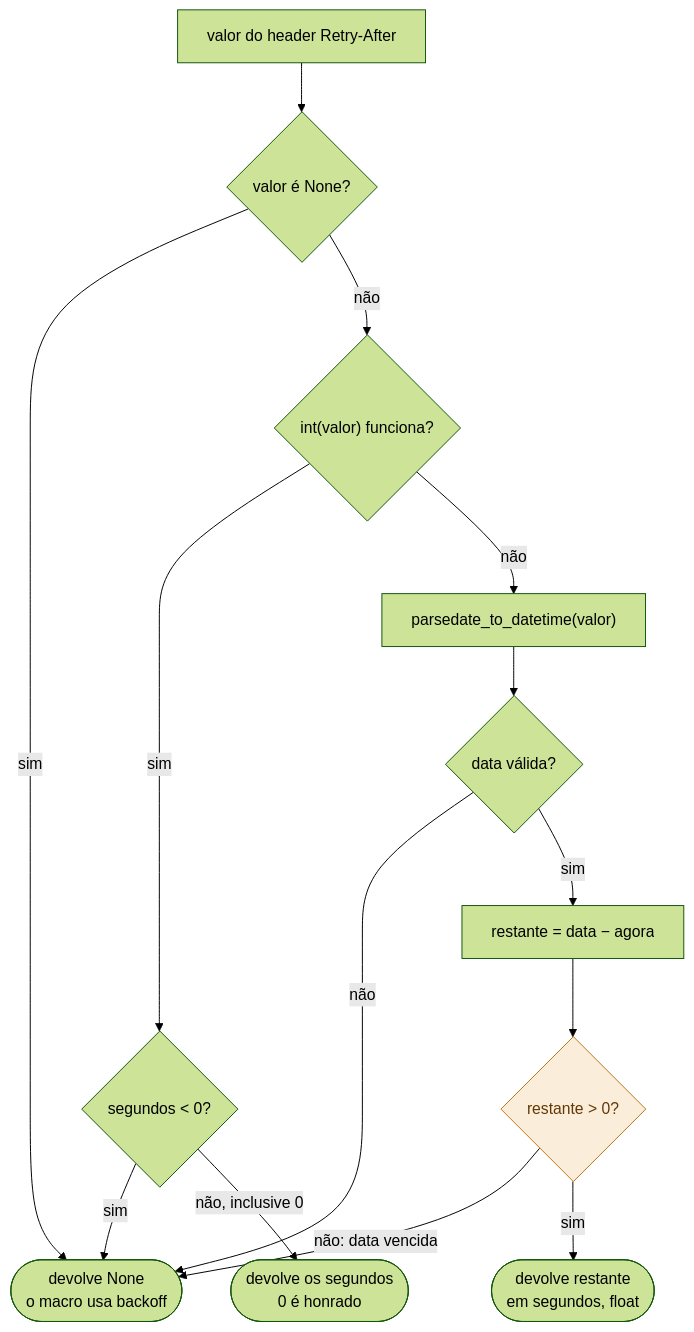
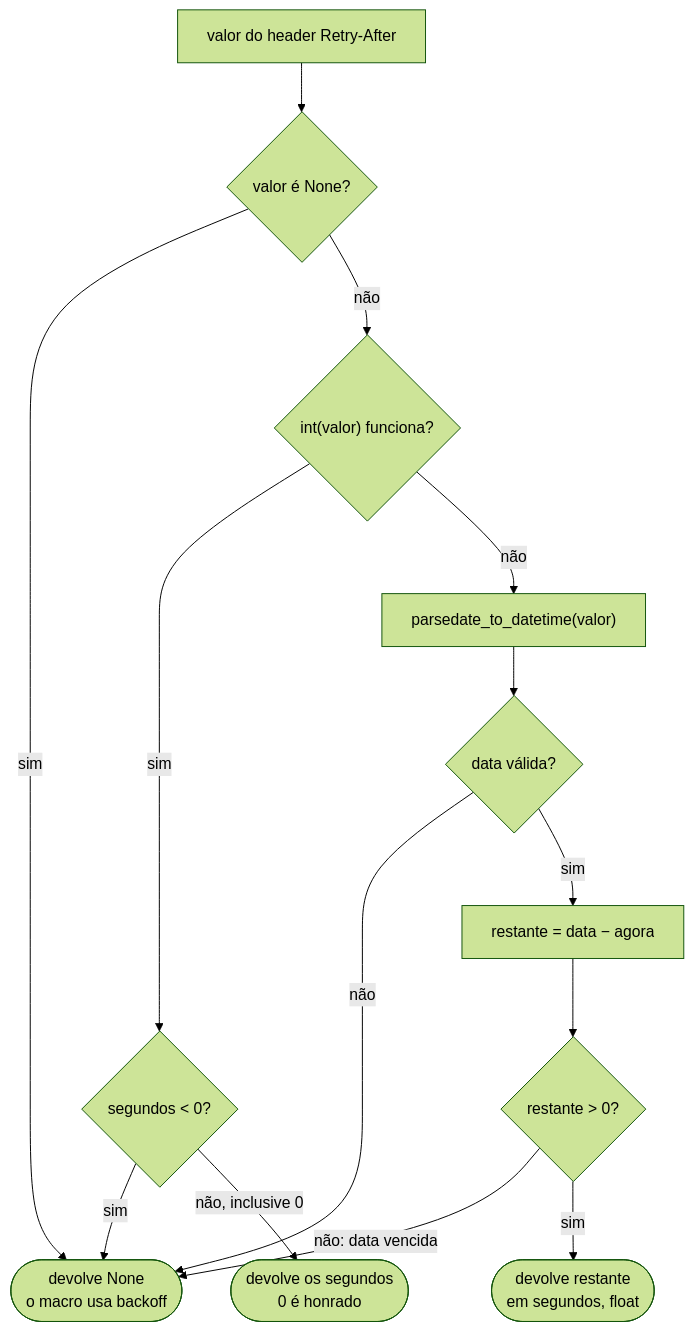
The second of 2 diagrams in docs/fluxo-retry.md (GuilhermeBrevilato/python-api-ingestor), drawn with Mermaid (forest theme) before and after one commit. The commit also changed other lines of this file, not shown here.

````diff
--- a/docs/fluxo-retry.md
+++ b/docs/fluxo-retry.md
@@ -38,18 +37,17 @@
 ```mermaid
 flowchart TD
     A["valor do header Retry-After"] --> B{"valor é None?"}
     B -->|"sim"| R0(["devolve None<br/>o macro usa backoff"])
     B -->|"não"| C{"int(valor) funciona?"}
     C -->|"sim"| E{"segundos < 0?"}
     E -->|"sim"| R0
     E -->|"não, inclusive 0"| R1(["devolve os segundos<br/>0 é honrado"])
     C -->|"não"| D["parsedate_to_datetime(valor)"]
     D --> F{"data válida?"}
     F -->|"não"| R0
     F -->|"sim"| G["restante = data − agora"]
     G --> H{"restante > 0?"}
     H -->|"não: data vencida"| R0
     H -->|"sim"| R2(["devolve restante<br/>em segundos, float"])
-    class H novo
-    classDef novo fill:#FAEEDA,stroke:#BA7517,color:#633806
+    
 ```
````
